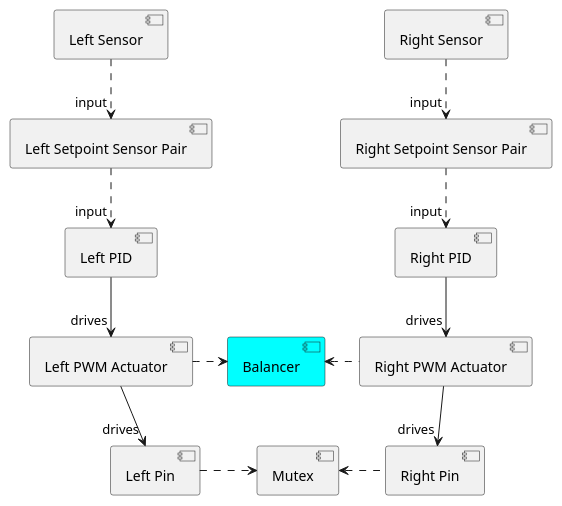
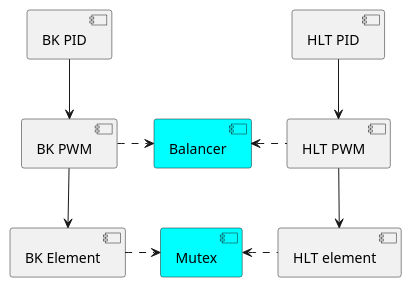
The diagram in docs/uml/balanced_chain.puml (BrewBlox/brewblox-documentation), drawn with PlantUML before and after one commit. The commit also changed 2 other files, not shown here.

```diff
--- a/docs/uml/balanced_chain.puml
+++ b/docs/uml/balanced_chain.puml
@@ -1,31 +1,23 @@
 @startuml Balanced Control Chain
-component left_Sensor as "Left Sensor"
-component left_SSP as "Left Setpoint Sensor Pair"
-component left_PID as "Left PID"
-component left_PWM as "Left PWM Actuator"
-component left_Pin as "Left Pin"
+component HLT_PID as "BK PID"
+component HLT_PWM as "BK PWM"
+component HLT_Pin as "BK Element"
 
-component right_Sensor as "Right Sensor"
-component right_SSP as "Right Setpoint Sensor Pair"
-component right_PID as "Right PID"
-component right_PWM as "Right PWM Actuator"
-component right_Pin as "Right Pin"
+component BK_PID as "HLT PID"
+component BK_PWM as "HLT PWM"
+component BK_Pin as "HLT element"
 
 component Balancer #Cyan
-component Mutex
+component Mutex #Cyan
 
-left_Sensor .down.> "input" left_SSP
-left_SSP .down.> "input" left_PID
-left_PID -down-> "drives" left_PWM
-left_PWM -down-> "drives" left_Pin
-left_PWM .right.> Balancer
-left_Pin .right.> Mutex
+HLT_PID -down-> HLT_PWM
+HLT_PWM -down-> HLT_Pin
+HLT_PWM .right.> Balancer
+HLT_Pin .right.> Mutex
 
-right_Sensor .down.> "input" right_SSP
-right_SSP .down.> "input" right_PID
-right_PID -down-> "drives" right_PWM
-right_PWM -down-> "drives" right_Pin
-right_PWM .left.> Balancer
-right_Pin .left.> Mutex
+BK_PID -down-> BK_PWM
+BK_PWM -down-> BK_Pin
+BK_PWM .left.> Balancer
+BK_Pin .left.> Mutex
 
 @enduml
```
